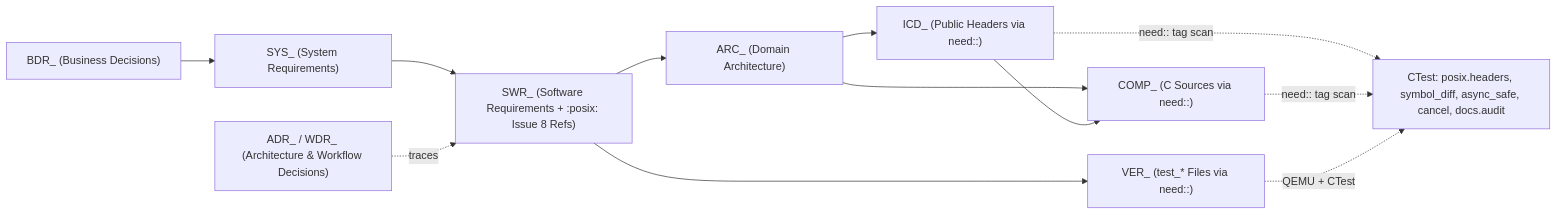
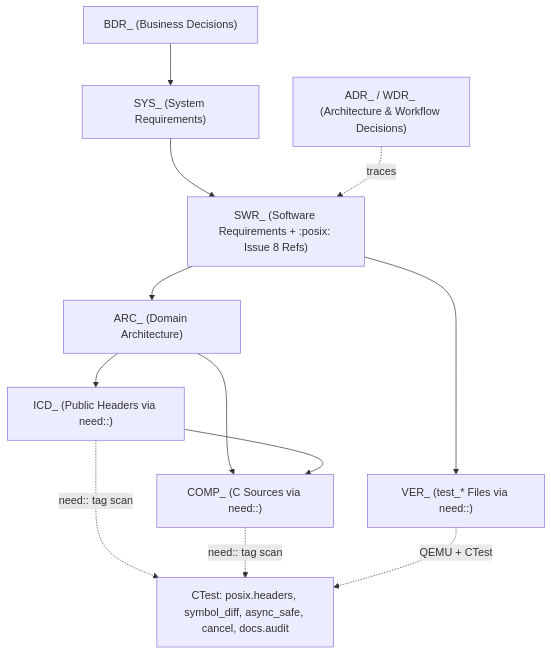
The diagram in docs/30-architecture/docs.md (Deniz-Eren/microkernel), drawn with Mermaid before and after one commit. The commit also changed 5 other files, not shown here.

First line of the commit message:
docs(architecture): orient all Mermaid flowcharts vertically for readability

````diff
--- a/docs/30-architecture/docs.md
+++ b/docs/30-architecture/docs.md
@@ -22,25 +22,25 @@
 ```mermaid
-flowchart LR
+flowchart TD
     BDR["BDR_ (Business Decisions)"]
     DEC["ADR_ / WDR_ (Architecture & Workflow Decisions)"]
     SYS["SYS_ (System Requirements)"]
     SWR["SWR_ (Software Requirements + :posix: Issue 8 Refs)"]
     ARC["ARC_ (Domain Architecture)"]
     ICD["ICD_ (Public Headers via need::)"]
     COMP["COMP_ (C Sources via need::)"]
     VER["VER_ (test_* Files via need::)"]
 
     GATES["CTest: posix.headers, symbol_diff, async_safe, cancel, docs.audit"]
 
     BDR --> SYS
     SYS --> SWR
     DEC -.->|"traces"| SWR
     SWR --> ARC
     ARC --> ICD
     ARC --> COMP
     ICD --> COMP
     SWR --> VER
     ICD -.->|"need:: tag scan"| GATES
     COMP -.->|"need:: tag scan"| GATES
     VER -.->|"QEMU + CTest"| GATES
 ```
````
